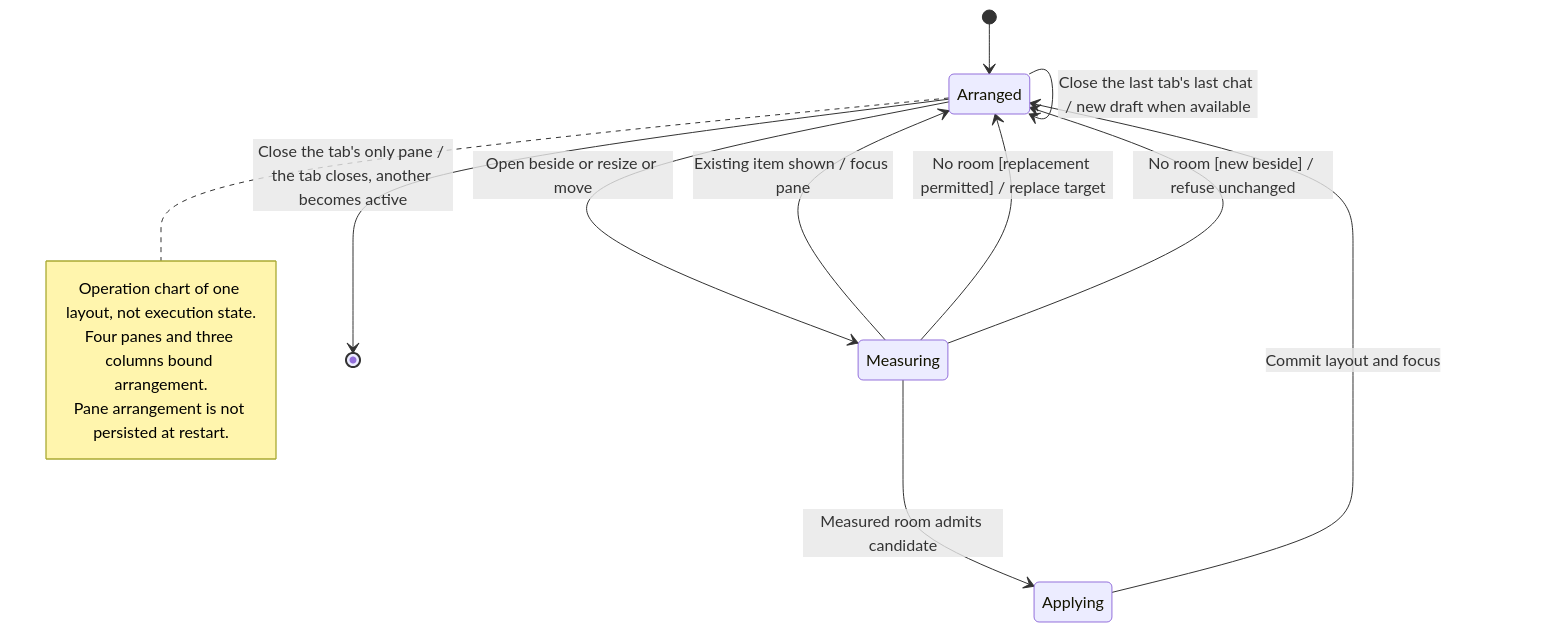
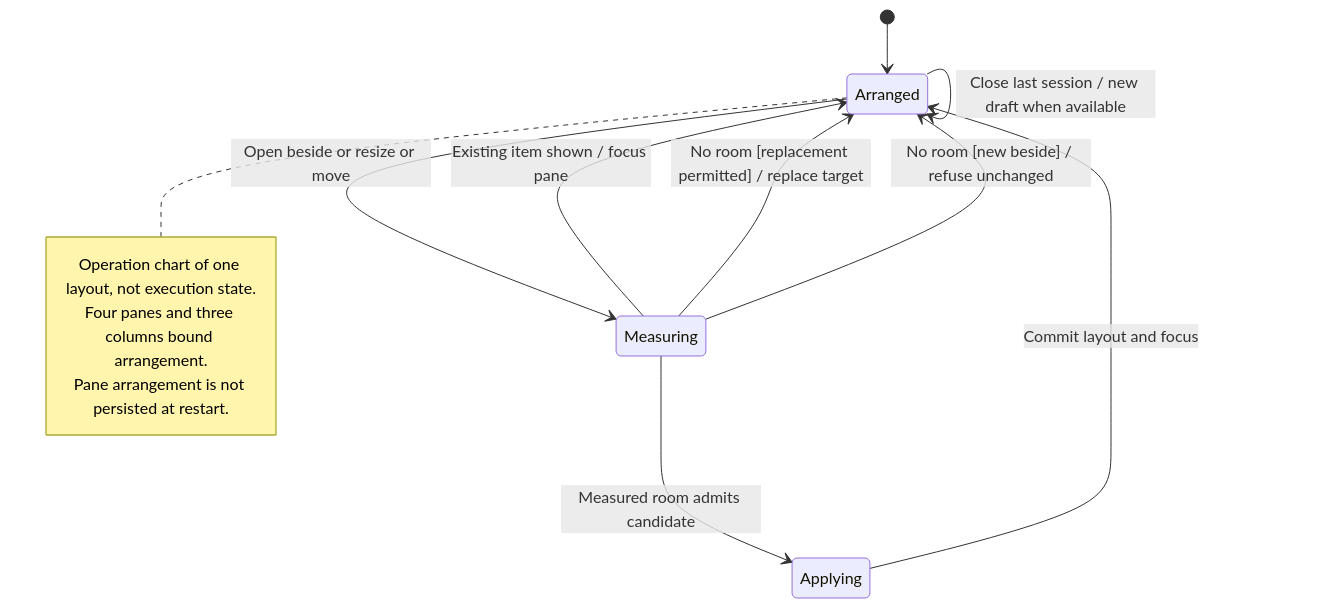
Before and after one commit to nessalabs/nessa-agent: the diagram in docs/state/services/desktop/workspace/open-split-resize-and-close-panes.md, drawn with Mermaid. The commit also changed other lines of this file and 108 other files, not shown here.

````diff
--- a/docs/state/services/desktop/workspace/open-split-resize-and-close-panes.md
+++ b/docs/state/services/desktop/workspace/open-split-resize-and-close-panes.md
@@ -38,18 +39,17 @@
 ```mermaid
 stateDiagram-v2
     [*] --> Arranged
     Arranged --> Measuring: Open beside or resize or move
     Measuring --> Arranged: Existing item shown / focus pane
     Measuring --> Applying: Measured room admits candidate
     Applying --> Arranged: Commit layout and focus
     Measuring --> Arranged: No room [replacement permitted] / replace target
     Measuring --> Arranged: No room [new beside] / refuse unchanged
-    Arranged --> Arranged: Close pane / reflow, choose remaining focus, its chat a tab of its own
-    Arranged --> [*]: Close the tab's only pane / the tab closes, another becomes active
-    Arranged --> Arranged: Close the last tab's last chat / new draft when available
+    Arranged --> Arranged: Close pane / reflow and choose remaining focus
+    Arranged --> Arranged: Close last session / new draft when available
     note right of Arranged
         Operation chart of one layout, not execution state.
         Four panes and three columns bound arrangement.
         Pane arrangement is not persisted at restart.
     end note
 ```
````
